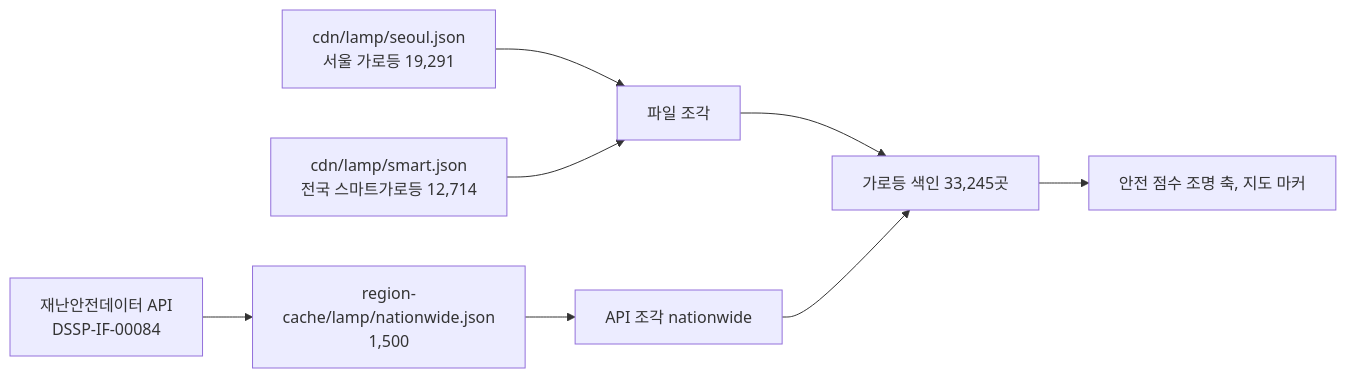
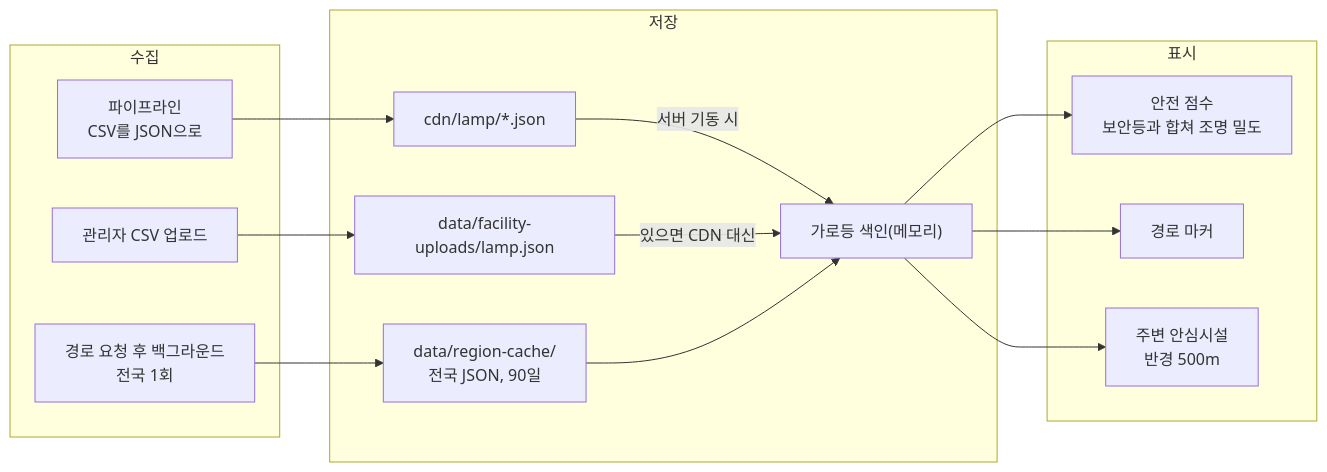
The diagram in docs/safety-spots/street-lamp.md (soo-ai-agent/bueongi-backend), drawn with Mermaid before and after one commit. The commit also changed other lines of this file and 7 other files, not shown here.

First line of the commit message:
docs(backend): 안심시설 문서 8개를 실제 CSV 필드와 수집-저장-표시 흐름 중심으로 다시 씀

````diff
--- a/docs/safety-spots/street-lamp.md
+++ b/docs/safety-spots/street-lamp.md
@@ -14,10 +35,28 @@
 ```mermaid
 flowchart LR
-    SEOUL["cdn/lamp/seoul.json<br/>서울 가로등 19,291"] --> FILE["파일 조각"]
-    SMART["cdn/lamp/smart.json<br/>전국 스마트가로등 12,714"] --> FILE
-    API["재난안전데이터 API<br/>DSSP-IF-00084"] --> RC["region-cache/lamp/nationwide.json<br/>1,500"]
-    RC --> REGION["API 조각 nationwide"]
-    FILE --> IDX["가로등 색인 33,245곳"]
-    REGION --> IDX
-    IDX --> USE["안전 점수 조명 축, 지도 마커"]
+    subgraph 수집
+        A1["파이프라인<br/>CSV를 JSON으로"]
+        A2["경로 요청 후 백그라운드<br/>전국 1회"]
+        A3["관리자 CSV 업로드"]
+    end
+    subgraph 저장
+        B1["cdn/lamp/*.json"]
+        B2["data/region-cache/<br/>전국 JSON, 90일"]
+        B3["data/facility-uploads/lamp.json"]
+        C["가로등 색인(메모리)"]
+    end
+    subgraph 표시
+        E1["안전 점수<br/>보안등과 합쳐 조명 밀도"]
+        E2["경로 마커"]
+        E3["주변 안심시설<br/>반경 500m"]
+    end
+    A1 --> B1
+    A2 --> B2
+    A3 --> B3
+    B1 -->|"서버 기동 시"| C
+    B3 -->|"있으면 CDN 대신"| C
+    B2 --> C
+    C --> E1
+    C --> E2
+    C --> E3
 ```
````
